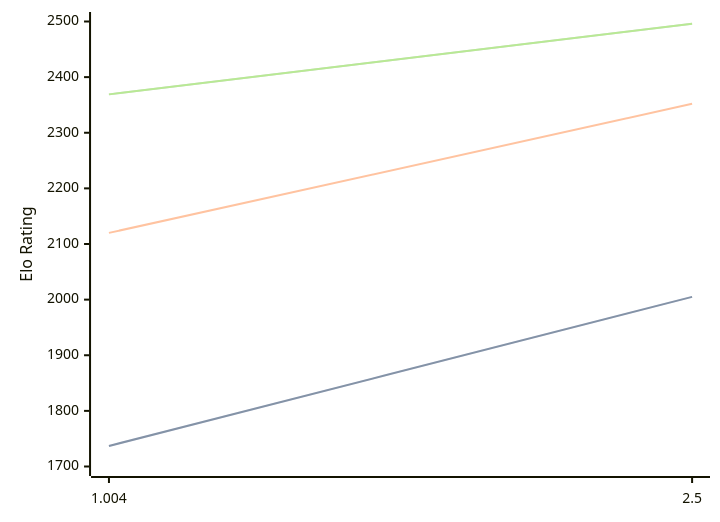
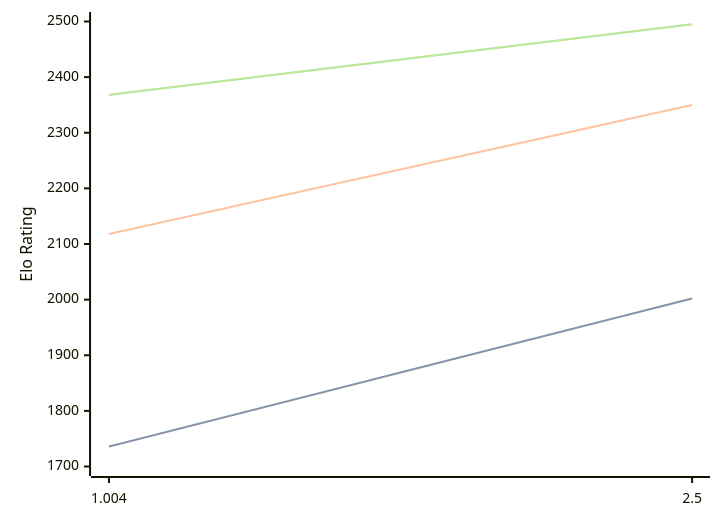
The diagram in engines/Ares.md (computer-chess-index/cci), drawn with Mermaid before and after one commit. The commit also changed other lines of this file, not shown here.

Commit message:
Update CCI Ratings (ELO VLTC) - 2026-03-07

````diff
--- a/engines/Ares.md
+++ b/engines/Ares.md
@@ -30,11 +30,11 @@
 ```mermaid
 %%{init: {"theme":"base","themeVariables":{"seriesColors:['#a3a3a3','#222221','#faa371']}}}%%
 xychart-beta
   x-axis ["1.004", "2.5"]
   y-axis "Elo Rating" 1700 --> 2500
-  line "STC (8.0+0.08s)" [1737, 2005]
-  line "STC (8.0+0.08s)" [1737, 2005]
-  line "LTC (60.0+0.60s)" [2120, 2352]
-  line "VLTC (2m24s+1.12s)" [2369, 2496]
-  line "VLTC (2m24s+1.12s)" [2369, 2496]
+  line "STC (8.0+0.08s)" [1736, 2002]
+  line "STC (8.0+0.08s)" [1736, 2002]
+  line "LTC (60.0+0.60s)" [2118, 2350]
+  line "VLTC (2m24s+1.12s)" [2368, 2495]
+  line "VLTC (2m24s+1.12s)" [2368, 2495]
 ```
````
